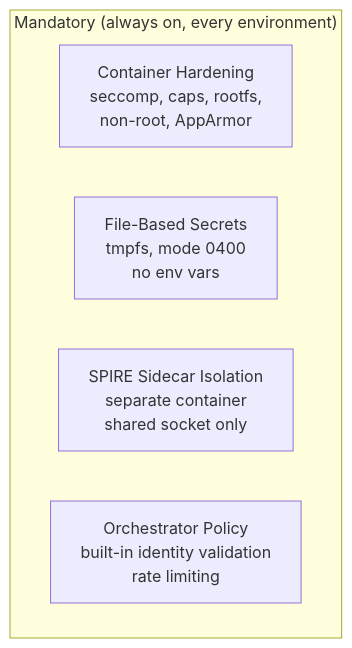
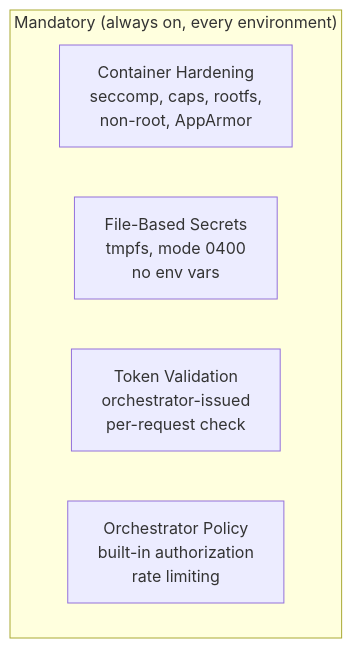
The first of 3 diagrams in docs/persona_agentic/PHASE_2/arch-security-tooling.md (neverprepared/ink-bunny), drawn with Mermaid before and after one commit. The commit also changed other lines of this file and 17 other files, not shown here.

First line of the commit message:
docs: move agent identity (container tokens) from Phase 1 to Phase 2, push SPIRE to Phase 3

````diff
--- a/docs/persona_agentic/PHASE_2/arch-security-tooling.md
+++ b/docs/persona_agentic/PHASE_2/arch-security-tooling.md
@@ -11,10 +11,10 @@
 ```mermaid
 graph TD
     subgraph Mandatory["Mandatory (always on, every environment)"]
         direction LR
         Hardening[Container Hardening<br/>seccomp, caps, rootfs,<br/>non-root, AppArmor]
         SecretsDelivery[File-Based Secrets<br/>tmpfs, mode 0400<br/>no env vars]
-        SPIRE_Sidecar[SPIRE Sidecar Isolation<br/>separate container<br/>shared socket only]
-        OrchestratorPolicy[Orchestrator Policy<br/>built-in identity validation<br/>rate limiting]
+        TokenValidation[Token Validation<br/>orchestrator-issued<br/>per-request check]
+        OrchestratorPolicy[Orchestrator Policy<br/>built-in authorization<br/>rate limiting]
     end
 ```
````
